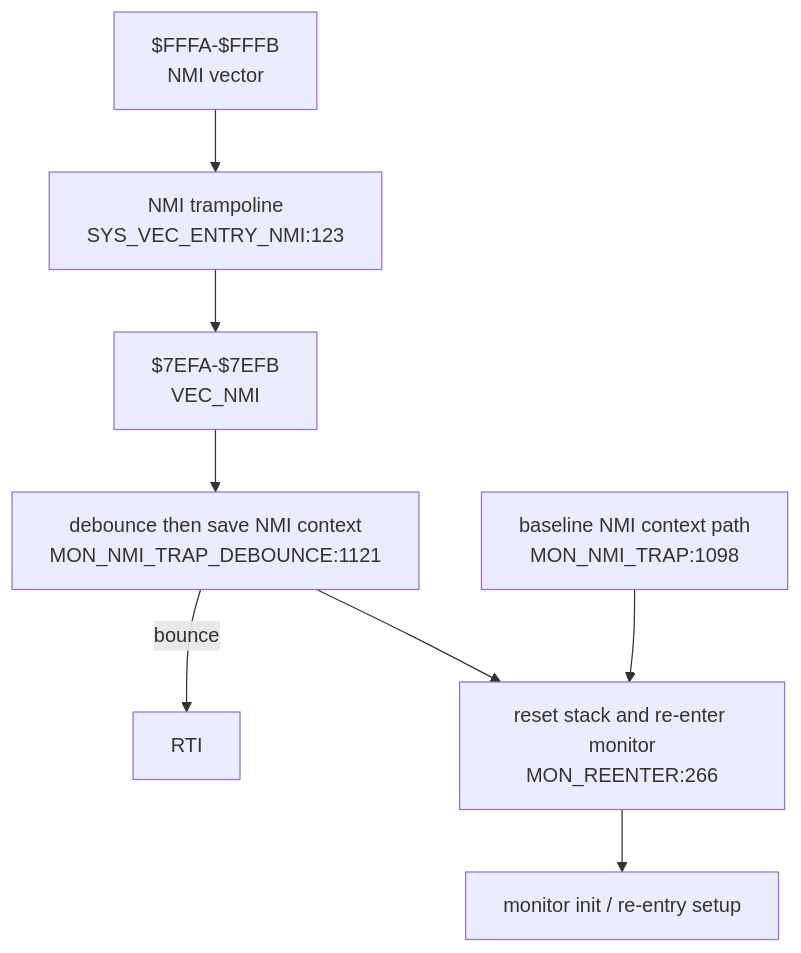
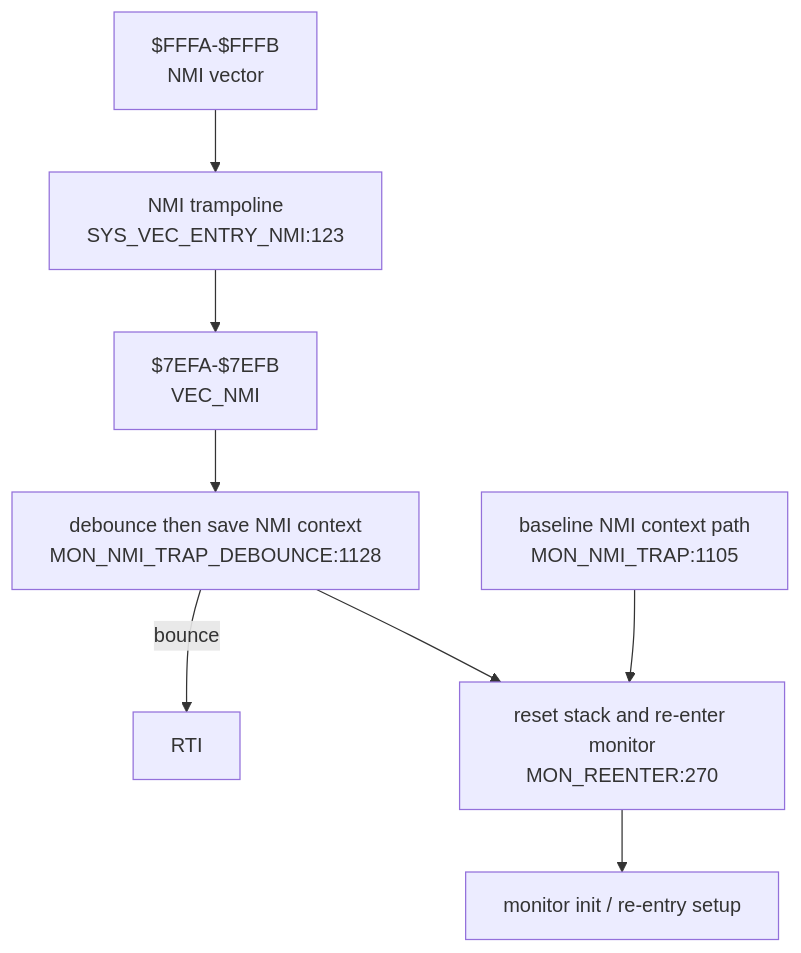
Before and after one commit to 95westus/R-YORS: the fourth of 6 diagrams in DOC/GENERATED/INTERRUPT_VECTOR_MAP.md, drawn with Mermaid. The commit also changed other lines of this file and 59 other files, not shown here.

````diff
--- a/DOC/GENERATED/INTERRUPT_VECTOR_MAP.md
+++ b/DOC/GENERATED/INTERRUPT_VECTOR_MAP.md
@@ -62,10 +62,10 @@
 ```mermaid
 flowchart TD
     NMIV["$FFFA-$FFFB<br/>NMI vector"] --> NMIENTRY["NMI trampoline<br/>SYS_VEC_ENTRY_NMI:123"]
     NMIENTRY --> VECNMI["$7EFA-$7EFB<br/>VEC_NMI"]
-    VECNMI --> NMITRAP["debounce then save NMI context<br/>MON_NMI_TRAP_DEBOUNCE:1121"]
+    VECNMI --> NMITRAP["debounce then save NMI context<br/>MON_NMI_TRAP_DEBOUNCE:1128"]
     NMITRAP -->|bounce| RTINMI["RTI"]
-    NMITRAP --> REENTER["reset stack and re-enter monitor<br/>MON_REENTER:266"]
-    NMIBASE["baseline NMI context path<br/>MON_NMI_TRAP:1098"] --> REENTER
+    NMITRAP --> REENTER["reset stack and re-enter monitor<br/>MON_REENTER:270"]
+    NMIBASE["baseline NMI context path<br/>MON_NMI_TRAP:1105"] --> REENTER
     REENTER --> INIT["monitor init / re-entry setup"]
 ```
````
